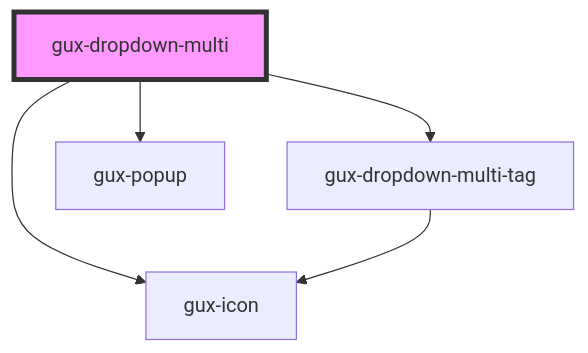
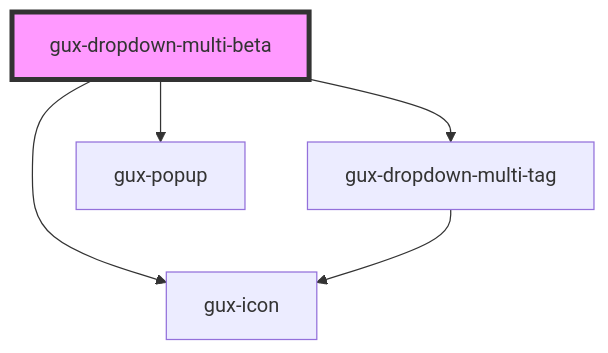
One commit to ouyuxuan/genesys-webcomponents changed the diagram in src/components/beta/gux-dropdown-multi/readme.md. Above: the diagram before and after it, drawn with Mermaid. The commit also changed other lines of this file and 19 other files, not shown here.

First line of the commit message:
chore(gux-dropdown-multi): add -beta tag to dropdown-multi and listbox-multi

````diff
--- a/src/components/beta/gux-dropdown-multi/readme.md
+++ b/src/components/beta/gux-dropdown-multi/readme.md
@@ -46,8 +46,8 @@
 ```mermaid
 graph TD;
-  gux-dropdown-multi --> gux-dropdown-multi-tag
-  gux-dropdown-multi --> gux-icon
-  gux-dropdown-multi --> gux-popup
+  gux-dropdown-multi-beta --> gux-dropdown-multi-tag
+  gux-dropdown-multi-beta --> gux-icon
+  gux-dropdown-multi-beta --> gux-popup
   gux-dropdown-multi-tag --> gux-icon
-  style gux-dropdown-multi fill:#f9f,stroke:#333,stroke-width:4px
+  style gux-dropdown-multi-beta fill:#f9f,stroke:#333,stroke-width:4px
 ```
````
